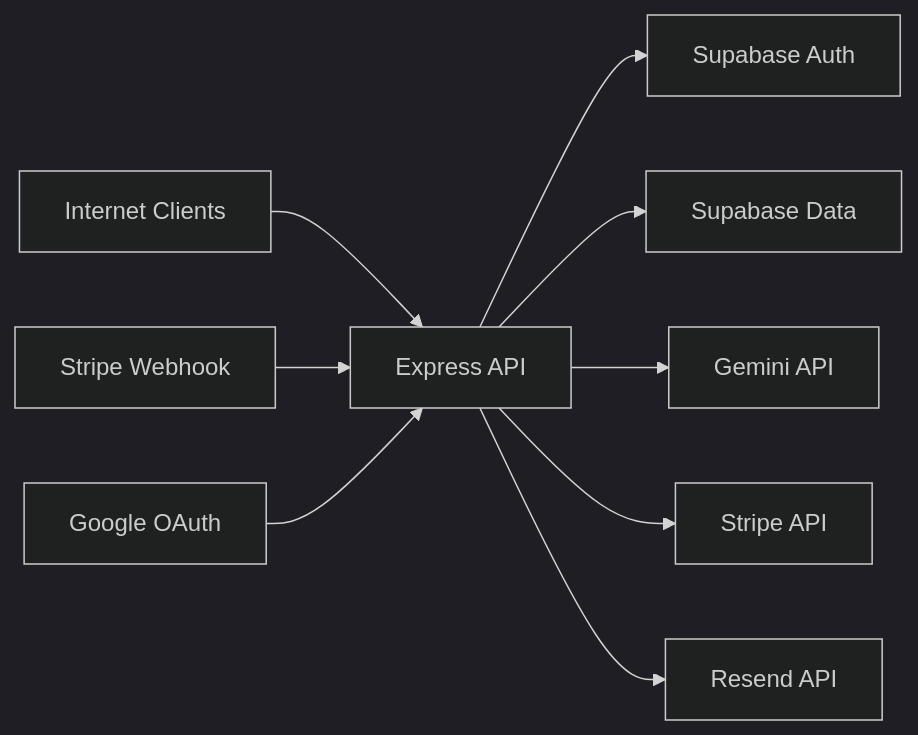
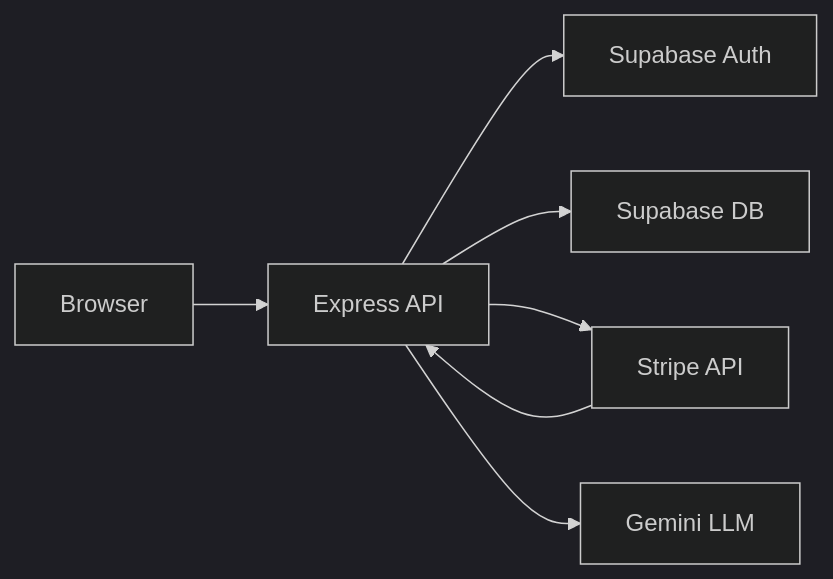
Before and after one commit to Lyceon-Team/Lyceonai: the diagram in Lyceonai-threat-model.md, drawn with Mermaid (dark theme). The commit also changed other lines of this file, not shown here.

````diff
--- a/Lyceonai-threat-model.md
+++ b/Lyceonai-threat-model.md
@@ -96,11 +58,9 @@
 ```mermaid
 flowchart LR
-  U["Internet Clients"] --> API["Express API"]
-  SW["Stripe Webhook"] --> API
-  GO["Google OAuth"] --> API
-  API --> SA["Supabase Auth"]
-  API --> SD["Supabase Data"]
-  API --> GM["Gemini API"]
-  API --> ST["Stripe API"]
-  API --> RE["Resend API"]
+  A["Browser"] --> B["Express API"]
+  B --> C["Supabase Auth"]
+  B --> D["Supabase DB"]
+  B --> E["Stripe API"]
+  E --> B
+  B --> F["Gemini LLM"]
 ```
````
